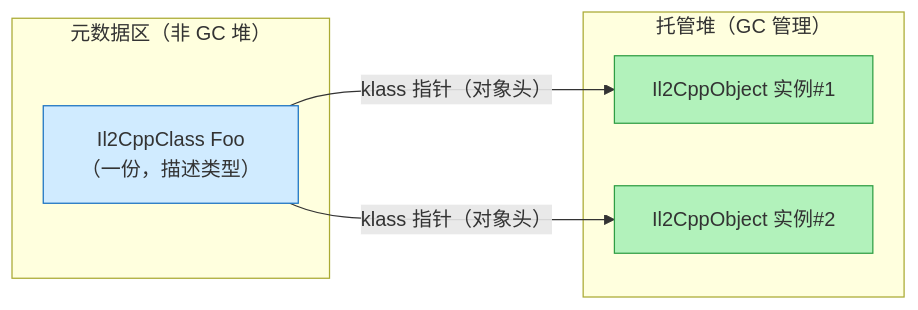
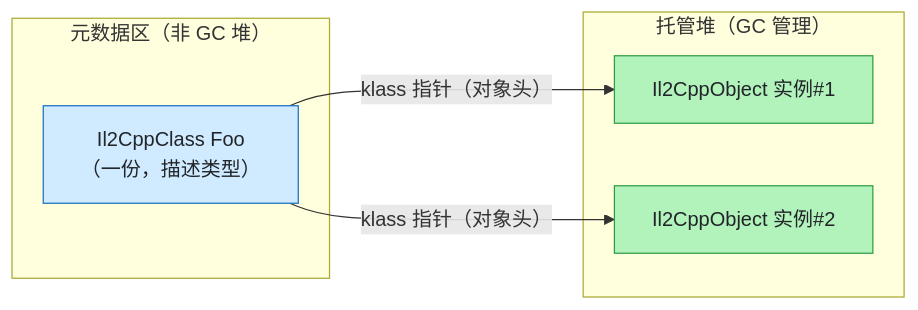
Before and after one commit to fankidark/tech-site: the first of 2 diagrams in docs/unity-memory/object-layout.md, drawn with Mermaid. The commit also changed other lines of this file and 5 other files, not shown here.

Commit message:
修复mermaid图dark模式对比度: 26处style浅色fill补color:#212529深色文字

````diff
--- a/docs/unity-memory/object-layout.md
+++ b/docs/unity-memory/object-layout.md
@@ -16,15 +16,15 @@
 ```mermaid
 flowchart LR
     subgraph meta["元数据区（非 GC 堆）"]
         K["Il2CppClass Foo<br/>（一份，描述类型）"]
     end
     subgraph heap["托管堆（GC 管理）"]
         O1["Il2CppObject 实例#1"]
         O2["Il2CppObject 实例#2"]
     end
     K -->|"klass 指针（对象头）"| O1
     K -->|"klass 指针（对象头）"| O2
-    style K fill:#d0ebff,stroke:#1971c2
-    style O1 fill:#b2f2bb,stroke:#2f9e44
-    style O2 fill:#b2f2bb,stroke:#2f9e44
+    style K fill:#d0ebff,stroke:#1971c2,color:#212529
+    style O1 fill:#b2f2bb,stroke:#2f9e44,color:#212529
+    style O2 fill:#b2f2bb,stroke:#2f9e44,color:#212529
 ```
````
